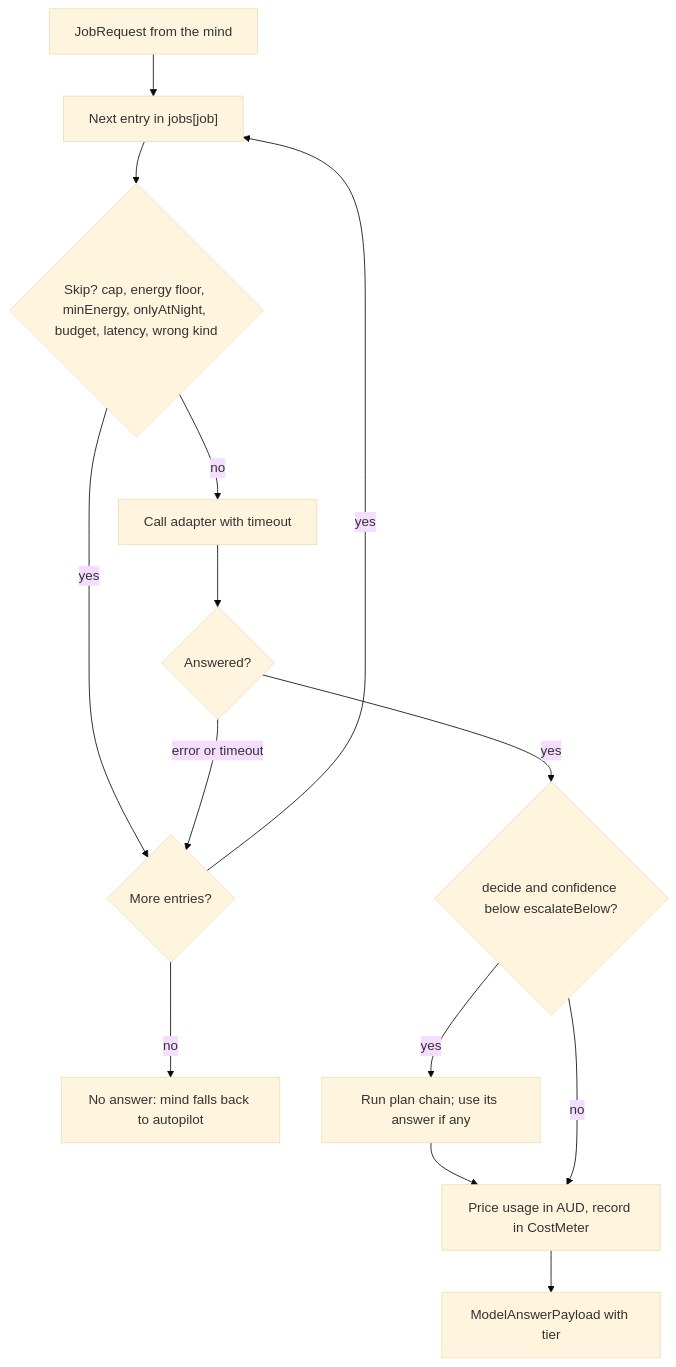
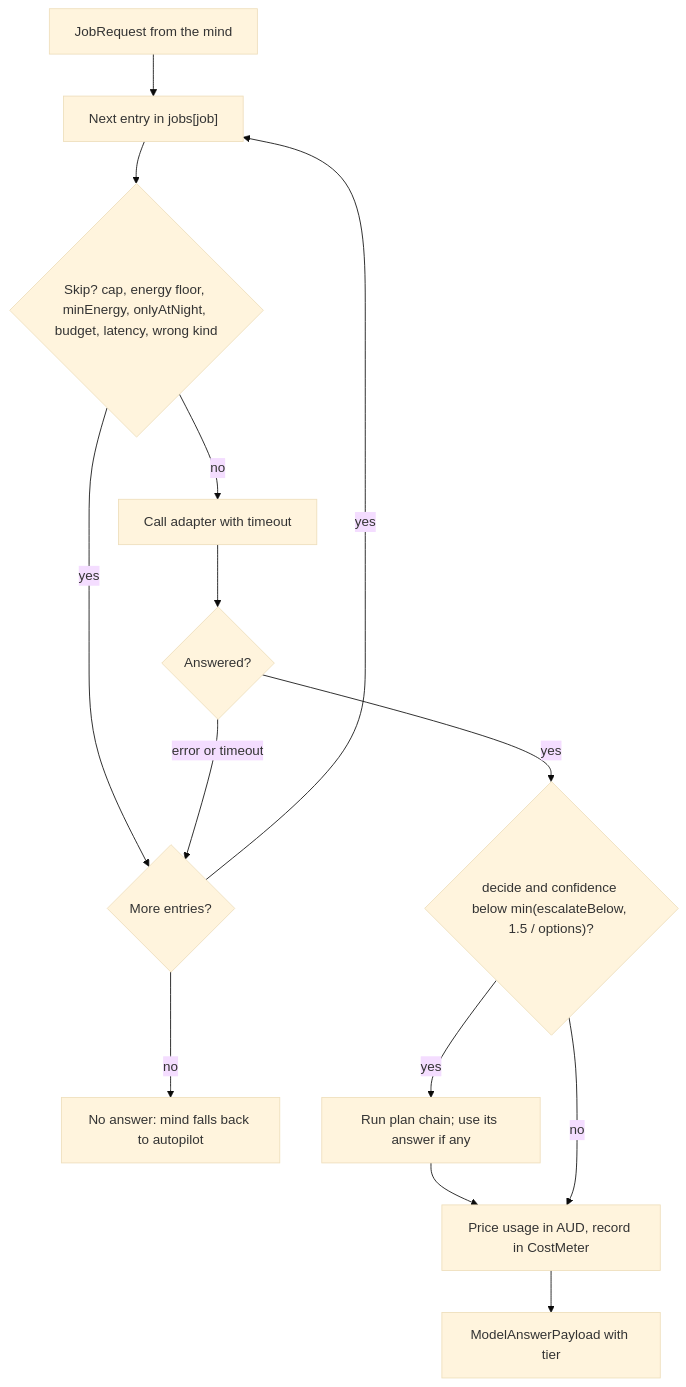
One commit to DigitalEthosGlobalGaming/unnamed--ai-simulation changed the second of 4 diagrams in docs/architecture/models.md. Above: the diagram before and after it, drawn with Mermaid (base theme). The commit also changed other lines of this file and 22 other files, not shown here.

````diff
--- a/docs/architecture/models.md
+++ b/docs/architecture/models.md
@@ -85,24 +85,24 @@
 ```mermaid
 flowchart TB
   job["JobRequest from the mind"]
   chain["Next entry in jobs[job]"]
   skip{"Skip? cap, energy floor, minEnergy, onlyAtNight, budget, latency, wrong kind"}
   invoke["Call adapter with timeout"]
   ok{"Answered?"}
   more{"More entries?"}
   none["No answer: mind falls back to autopilot"]
-  esc{"decide and confidence below escalateBelow?"}
+  esc{"decide and confidence below min(escalateBelow, 1.5 / options)?"}
   plan["Run plan chain; use its answer if any"]
   price["Price usage in AUD, record in CostMeter"]
   out["ModelAnswerPayload with tier"]
   job --> chain --> skip
   skip -- "yes" --> more
   skip -- "no" --> invoke --> ok
   ok -- "error or timeout" --> more
   more -- "yes" --> chain
   more -- "no" --> none
   ok -- "yes" --> esc
   esc -- "yes" --> plan --> price
   esc -- "no" --> price
   price --> out
 ```
````
